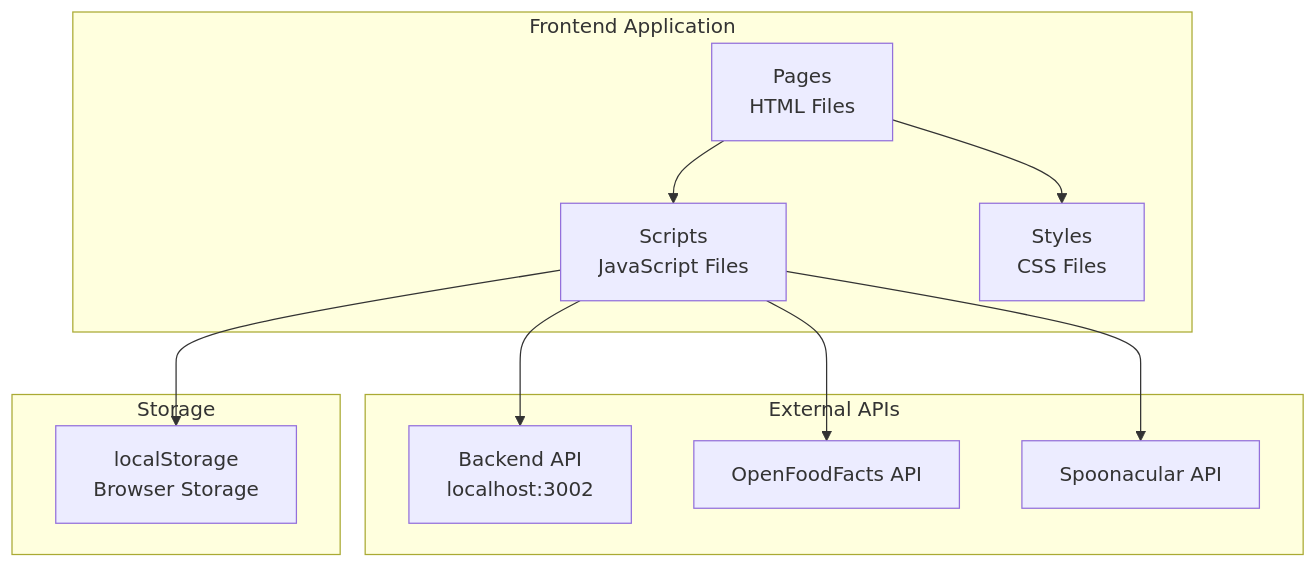
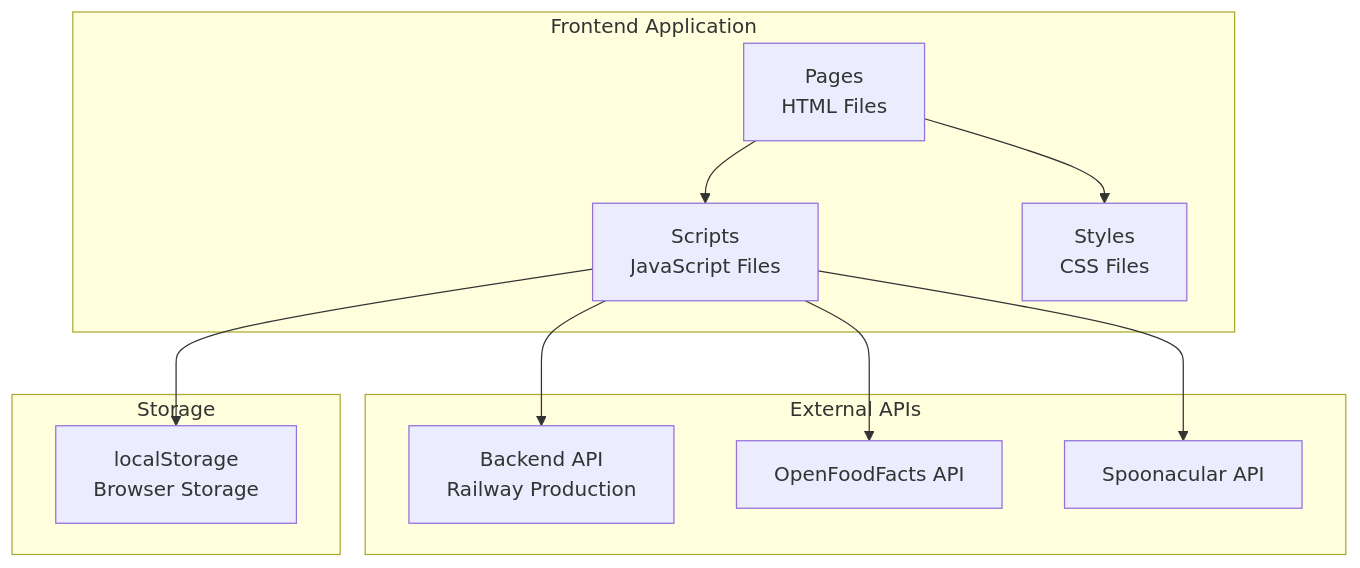
Diagram 19 of 20 in SRS_Diagrams.md (thxlp/63-font), drawn with Mermaid before and after one commit. The commit also changed other lines of this file and 16 other files, not shown here.

Commit message:
Update: เปลยน API endpoint เปน Railway Production (https://63-back-production.up.railway.app) และเพม config.js สำหรบจดการ API endpoints

````diff
--- a/SRS_Diagrams.md
+++ b/SRS_Diagrams.md
@@ -512,25 +512,25 @@
 ```mermaid
 graph TB
     subgraph Frontend[Frontend Application]
         Pages[Pages<br/>HTML Files]
         Scripts[Scripts<br/>JavaScript Files]
         Styles[Styles<br/>CSS Files]
     end
     
     subgraph APIs[External APIs]
-        Backend[Backend API<br/>localhost:3002]
+        Backend[Backend API<br/>Railway Production]
         OpenFood[OpenFoodFacts API]
         Spoonacular[Spoonacular API]
     end
     
     subgraph Storage[Storage]
         LocalStorage[localStorage<br/>Browser Storage]
     end
     
     Pages --> Scripts
     Pages --> Styles
     Scripts --> Backend
     Scripts --> OpenFood
     Scripts --> Spoonacular
     Scripts --> LocalStorage
 ```
````
